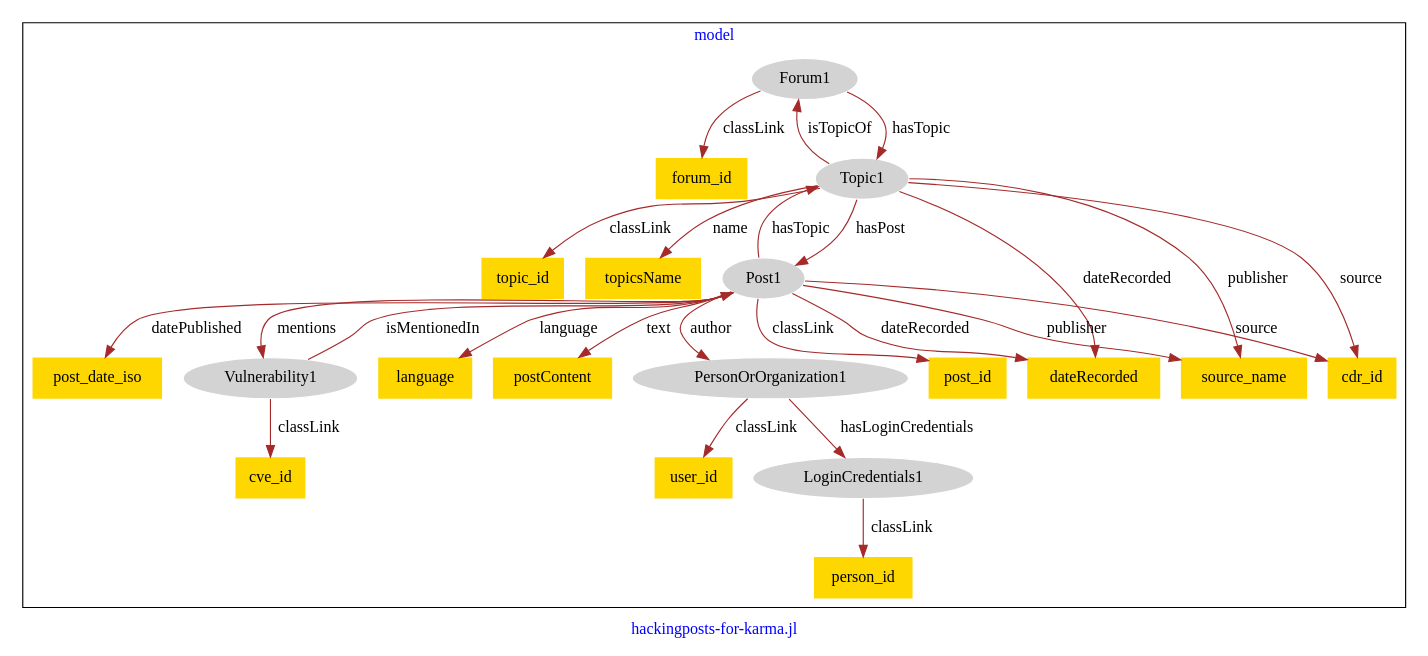
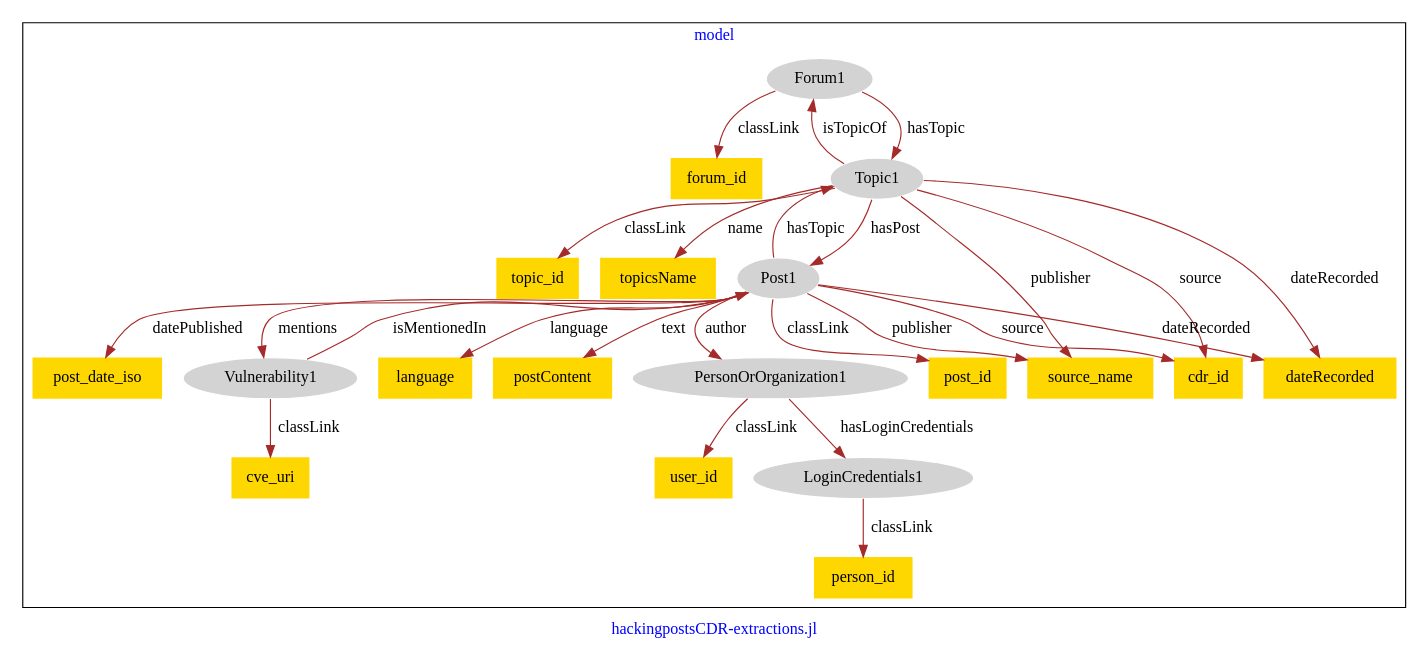
The diagram in models/asu-hacking-posts/hacking_posts-model.dot (usc-isi-i2/effect-alignment), drawn with Graphviz before and after one commit.

Commit message:
Update file hacking_posts-model.dot

```diff
--- a/models/asu-hacking-posts/hacking_posts-model.dot
+++ b/models/asu-hacking-posts/hacking_posts-model.dot
@@ -1,51 +1,51 @@
 digraph n0 {
 fontcolor="blue"
 remincross="true"
-label="hackingposts-for-karma.jl"
+label="hackingpostsCDR-extractions.jl"
 subgraph cluster {
 label="model"
 n2[style="filled",color="white",fillcolor="lightgray",label="Forum1"];
 n3[shape="plaintext",style="filled",fillcolor="gold",label="forum_id"];
 n4[style="filled",color="white",fillcolor="lightgray",label="Topic1"];
 n5[style="filled",color="white",fillcolor="lightgray",label="LoginCredentials1"];
 n6[shape="plaintext",style="filled",fillcolor="gold",label="person_id"];
 n7[style="filled",color="white",fillcolor="lightgray",label="PersonOrOrganization1"];
 n8[shape="plaintext",style="filled",fillcolor="gold",label="user_id"];
 n9[style="filled",color="white",fillcolor="lightgray",label="Post1"];
 n10[shape="plaintext",style="filled",fillcolor="gold",label="post_id"];
 n11[shape="plaintext",style="filled",fillcolor="gold",label="post_date_iso"];
 n12[shape="plaintext",style="filled",fillcolor="gold",label="language"];
 n13[shape="plaintext",style="filled",fillcolor="gold",label="postContent"];
 n14[shape="plaintext",style="filled",fillcolor="gold",label="topic_id"];
 n15[shape="plaintext",style="filled",fillcolor="gold",label="topicsName"];
 n16[style="filled",color="white",fillcolor="lightgray",label="Vulnerability1"];
-n17[shape="plaintext",style="filled",fillcolor="gold",label="cve_id"];
-n18[shape="plaintext",style="filled",fillcolor="gold",label="dateRecorded"];
-n19[shape="plaintext",style="filled",fillcolor="gold",label="source_name"];
-n20[shape="plaintext",style="filled",fillcolor="gold",label="cdr_id"];
+n17[shape="plaintext",style="filled",fillcolor="gold",label="cve_uri"];
+n18[shape="plaintext",style="filled",fillcolor="gold",label="source_name"];
+n19[shape="plaintext",style="filled",fillcolor="gold",label="cdr_id"];
+n20[shape="plaintext",style="filled",fillcolor="gold",label="dateRecorded"];
 }
 n2 -> n3[color="brown",fontcolor="black",label="classLink"]
 n2 -> n4[color="brown",fontcolor="black",label="hasTopic"]
 n5 -> n6[color="brown",fontcolor="black",label="classLink"]
 n7 -> n8[color="brown",fontcolor="black",label="classLink"]
 n7 -> n5[color="brown",fontcolor="black",label="hasLoginCredentials"]
 n9 -> n10[color="brown",fontcolor="black",label="classLink"]
 n9 -> n4[color="brown",fontcolor="black",label="hasTopic"]
 n9 -> n7[color="brown",fontcolor="black",label="author"]
 n9 -> n11[color="brown",fontcolor="black",label="datePublished"]
 n9 -> n12[color="brown",fontcolor="black",label="language"]
 n9 -> n13[color="brown",fontcolor="black",label="text"]
 n4 -> n14[color="brown",fontcolor="black",label="classLink"]
 n4 -> n15[color="brown",fontcolor="black",label="name"]
 n16 -> n17[color="brown",fontcolor="black",label="classLink"]
 n16 -> n9[color="brown",fontcolor="black",label="isMentionedIn"]
-n9 -> n18[color="brown",fontcolor="black",label="dateRecorded"]
-n4 -> n18[color="brown",fontcolor="black",label="dateRecorded"]
-n4 -> n19[color="brown",fontcolor="black",label="publisher"]
-n4 -> n20[color="brown",fontcolor="black",label="source"]
-n9 -> n20[color="brown",fontcolor="black",label="source"]
+n9 -> n18[color="brown",fontcolor="black",label="publisher"]
+n4 -> n19[color="brown",fontcolor="black",label="source"]
+n4 -> n20[color="brown",fontcolor="black",label="dateRecorded"]
 n4 -> n9[color="brown",fontcolor="black",label="hasPost"]
+n9 -> n20[color="brown",fontcolor="black",label="dateRecorded"]
 n4 -> n2[color="brown",fontcolor="black",label="isTopicOf"]
+n4 -> n18[color="brown",fontcolor="black",label="publisher"]
+n9 -> n19[color="brown",fontcolor="black",label="source"]
 n9 -> n16[color="brown",fontcolor="black",label="mentions"]
-n9 -> n19[color="brown",fontcolor="black",label="publisher"]
 }
```
